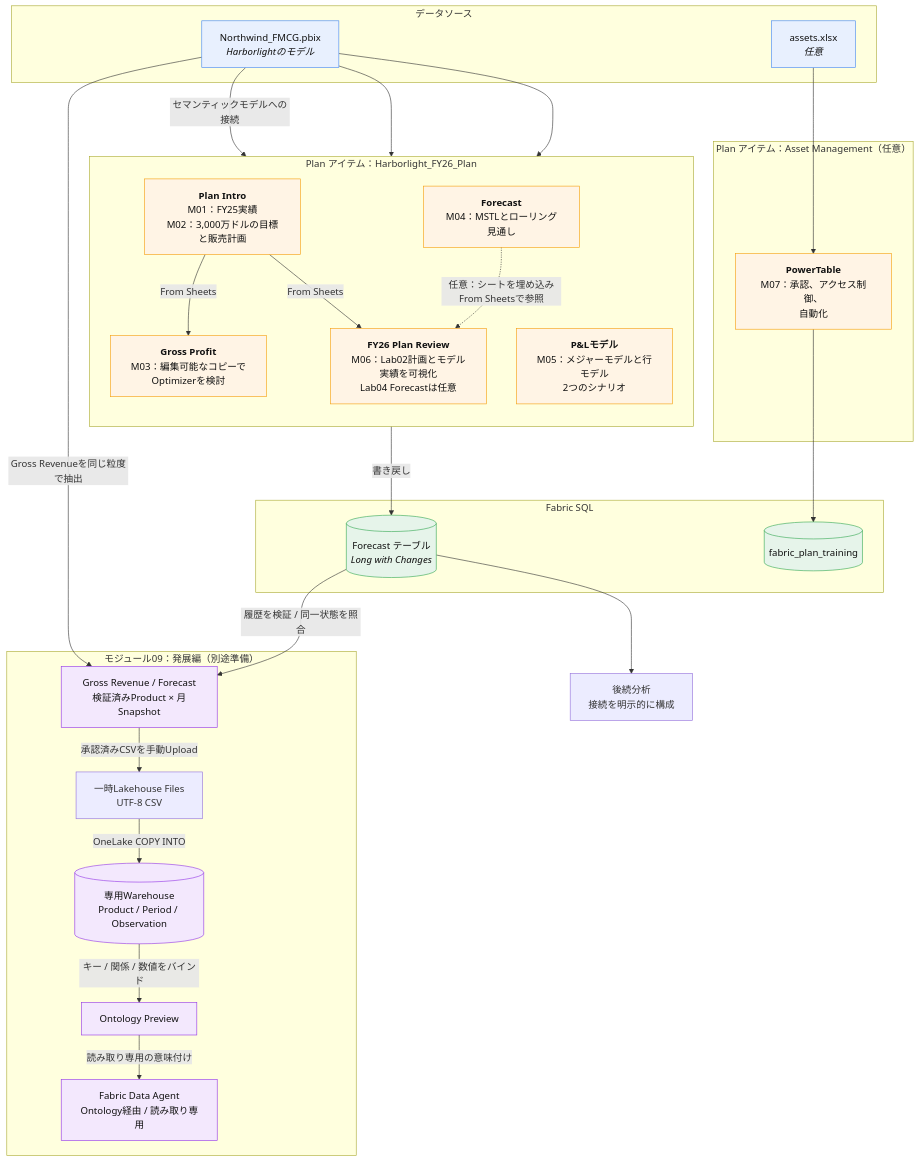
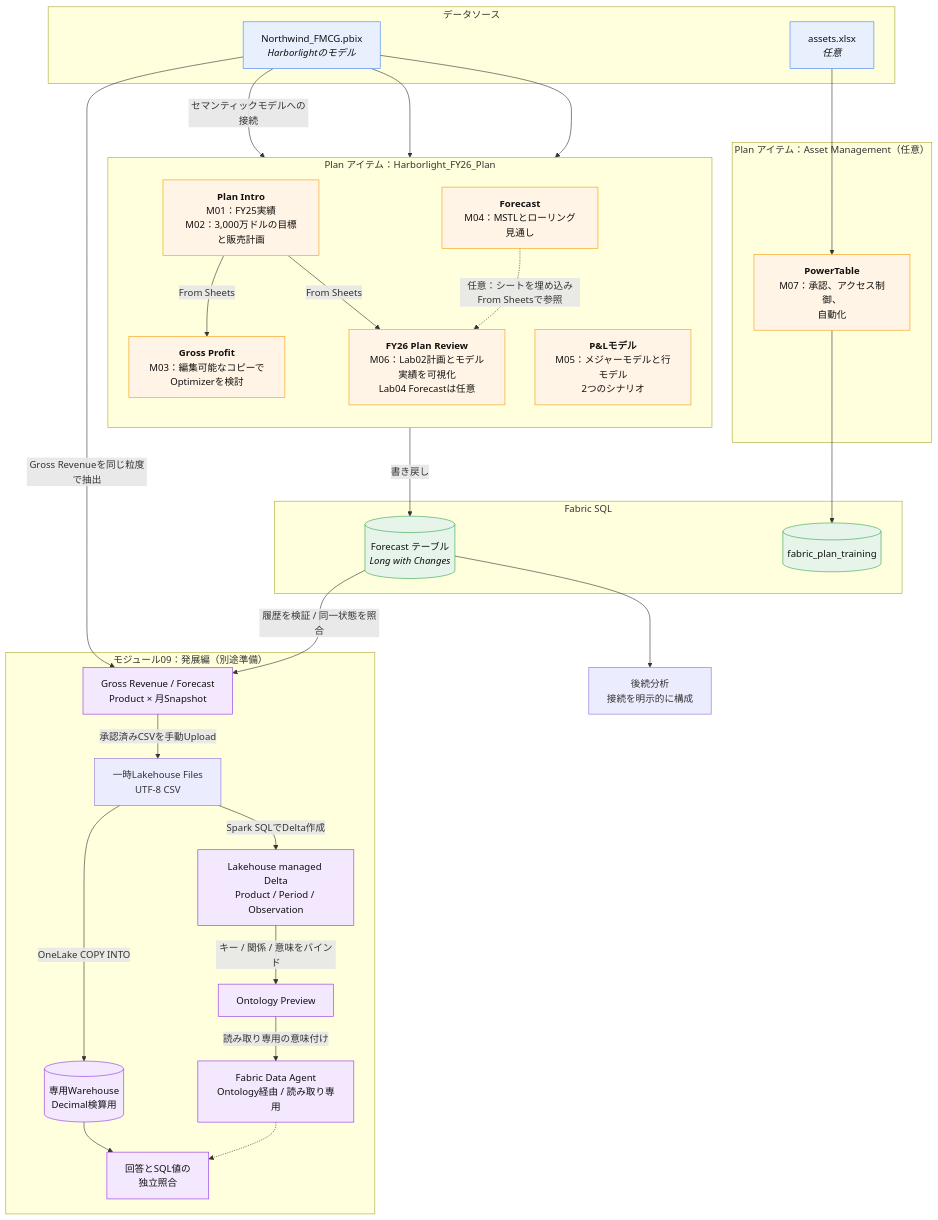
The first of 2 diagrams in assets/diagrams/lab-flow.md (yang-jiayi/FabricPlanWorkshop), drawn with Mermaid before and after one commit. The commit also changed other lines of this file and 176 other files, not shown here.

````diff
--- a/assets/diagrams/lab-flow.md
+++ b/assets/diagrams/lab-flow.md
@@ -5,63 +5,68 @@
 ```mermaid
 flowchart TB
     subgraph SRC["データソース"]
         PBIX["Northwind_FMCG.pbix<br/><i>Harborlightのモデル</i>"]
         XLSX["assets.xlsx<br/><i>任意</i>"]
     end
 
     subgraph ITEM["Plan アイテム：Harborlight_FY26_Plan"]
         direction TB
         PI["<b>Plan Intro</b><br/>M01：FY25実績<br/>M02：3,000万ドルの目標と販売計画"]
         GP["<b>Gross Profit</b><br/>M03：編集可能なコピーでOptimizerを検討"]
         FC["<b>Forecast</b><br/>M04：MSTLとローリング見通し"]
         PL["<b>P&amp;Lモデル</b><br/>M05：メジャーモデルと行モデル<br/>2つのシナリオ"]
         IS["<b>FY26 Plan Review</b><br/>M06：Lab02計画とモデル実績を可視化<br/>Lab04 Forecastは任意"]
     end
 
     subgraph PT["Plan アイテム：Asset Management（任意）"]
         PTS["<b>PowerTable</b><br/>M07：承認、アクセス制御、<br/>自動化"]
     end
 
     subgraph OUT["Fabric SQL"]
         SQL[("Forecast テーブル<br/><i>Long with Changes</i>")]
         ADB[("fabric_plan_training")]
     end
 
     subgraph ADV["モジュール09：発展編（別途準備）"]
-        SNAP["Gross Revenue / Forecast<br/>検証済みProduct × 月Snapshot"]
+        SNAP["Gross Revenue / Forecast<br/>Product × 月Snapshot"]
         STAGE["一時Lakehouse Files<br/>UTF-8 CSV"]
-        WH[("専用Warehouse<br/>Product / Period / Observation")]
+        WH[("専用Warehouse<br/>Decimal検算用")]
+        DELTA["Lakehouse managed Delta<br/>Product / Period / Observation"]
         ONT["Ontology Preview"]
         AGENT["Fabric Data Agent<br/>Ontology経由 / 読み取り専用"]
+        CHECK["回答とSQL値の<br/>独立照合"]
     end
 
     DS["後続分析<br/>接続を明示的に構成"]
 
     PBIX -->|セマンティックモデルへの接続| PI
     XLSX --> PTS
 
     PI -->|From Sheets| GP
     PI -->|From Sheets| IS
     FC -.->|任意：シートを埋め込みFrom Sheetsで参照| IS
     PBIX --> FC
     PBIX --> PL
 
     FC -->|書き戻し| SQL
     PTS --> ADB
     SQL --> DS
     PBIX -->|Gross Revenueを同じ粒度で抽出| SNAP
     SQL -->|履歴を検証 / 同一状態を照合| SNAP
     SNAP -->|承認済みCSVを手動Upload| STAGE
     STAGE -->|OneLake COPY INTO| WH
-    WH -->|キー / 関係 / 数値をバインド| ONT
+    STAGE -->|Spark SQLでDelta作成| DELTA
+    DELTA -->|キー / 関係 / 意味をバインド| ONT
     ONT -->|読み取り専用の意味付け| AGENT
+    WH --> CHECK
+    AGENT -.-> CHECK
 
     classDef src fill:#e8f0fe,stroke:#4285f4,color:#111
     classDef sheet fill:#fff4e5,stroke:#f59e0b,color:#111
     classDef out fill:#e6f4ea,stroke:#34a853,color:#111
     classDef ds fill:#f3e8fd,stroke:#9334e6,color:#111
     class PBIX,XLSX src
     class PI,GP,FC,PL,IS,PTS sheet
     class SQL,ADB out
-    class SNAP,WH,ONT,AGENT ds
+    class SNAP,WH,DELTA,ONT,AGENT,CHECK ds
 ```
````
